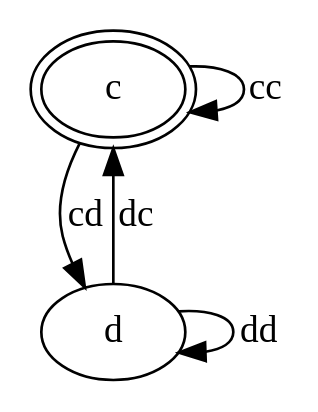
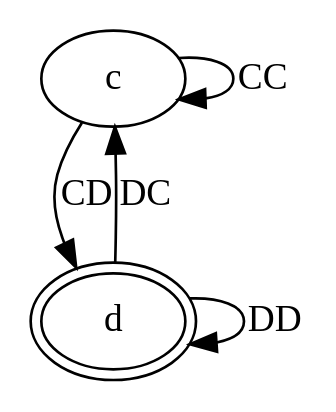
The diagram in dot/test1.dot (Antonio-Melo/COMP-Autoanalyze), drawn with Graphviz before and after one commit. The commit also changed 27 other files, not shown here.

```diff
--- a/dot/test1.dot
+++ b/dot/test1.dot
@@ -1,8 +1,8 @@
 digraph G2
  {
-     c -> c [label=cc];
-     c -> d [label=cd];
-     d -> d [label=dd];
-     d -> c [label=dc];
-     c [peripheries=2];
+     c -> c [label=CC];
+     c -> d [label=CD];
+     d -> d [label=DD];
+     d -> c [label=DC];
+     d [peripheries=2];
  }
```
